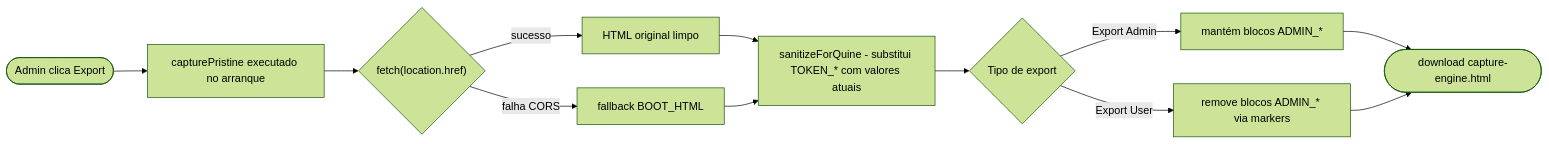
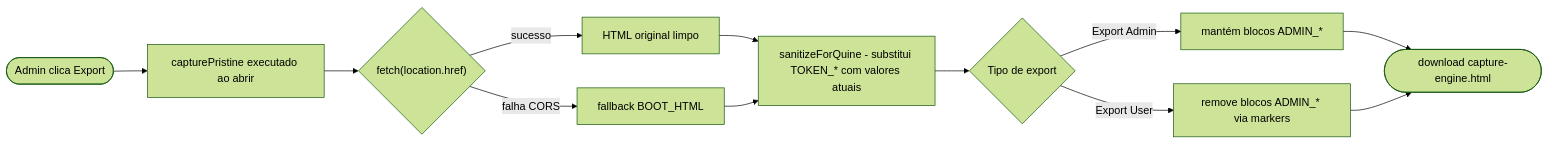
The third of 3 diagrams in README.md (diogocarvalhoinfo/capture-engine), drawn with Mermaid (forest theme) before and after one commit. The commit also changed other lines of this file and 3 other files, not shown here.

````diff
--- a/README.md
+++ b/README.md
@@ -829,14 +829,14 @@
 ```mermaid
 flowchart LR
-    A([Admin clica Export]) --> B["capturePristine executado no arranque"]
+    A([Admin clica Export]) --> B["capturePristine executado ao abrir"]
     B --> C{"fetch(location.href)"}
     C -->|sucesso| D["HTML original limpo"]
     C -->|falha CORS| E["fallback BOOT_HTML"]
     D --> F["sanitizeForQuine - substitui TOKEN_* com valores atuais"]
     E --> F
     F --> G{Tipo de export}
     G -->|Export Admin| H["mantém blocos ADMIN_*"]
     G -->|Export User| I["remove blocos ADMIN_* via markers"]
     H --> J(["download capture-engine.html"])
     I --> J
 ```
````
